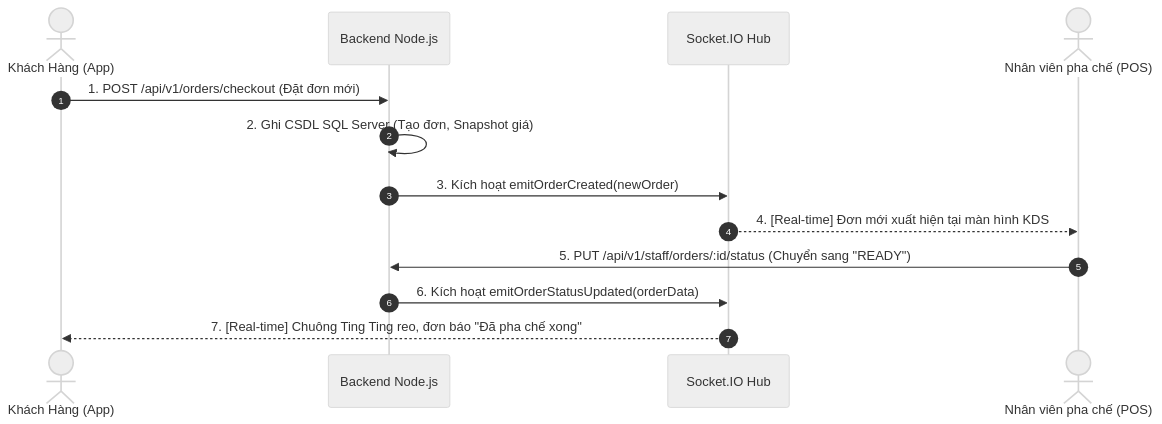
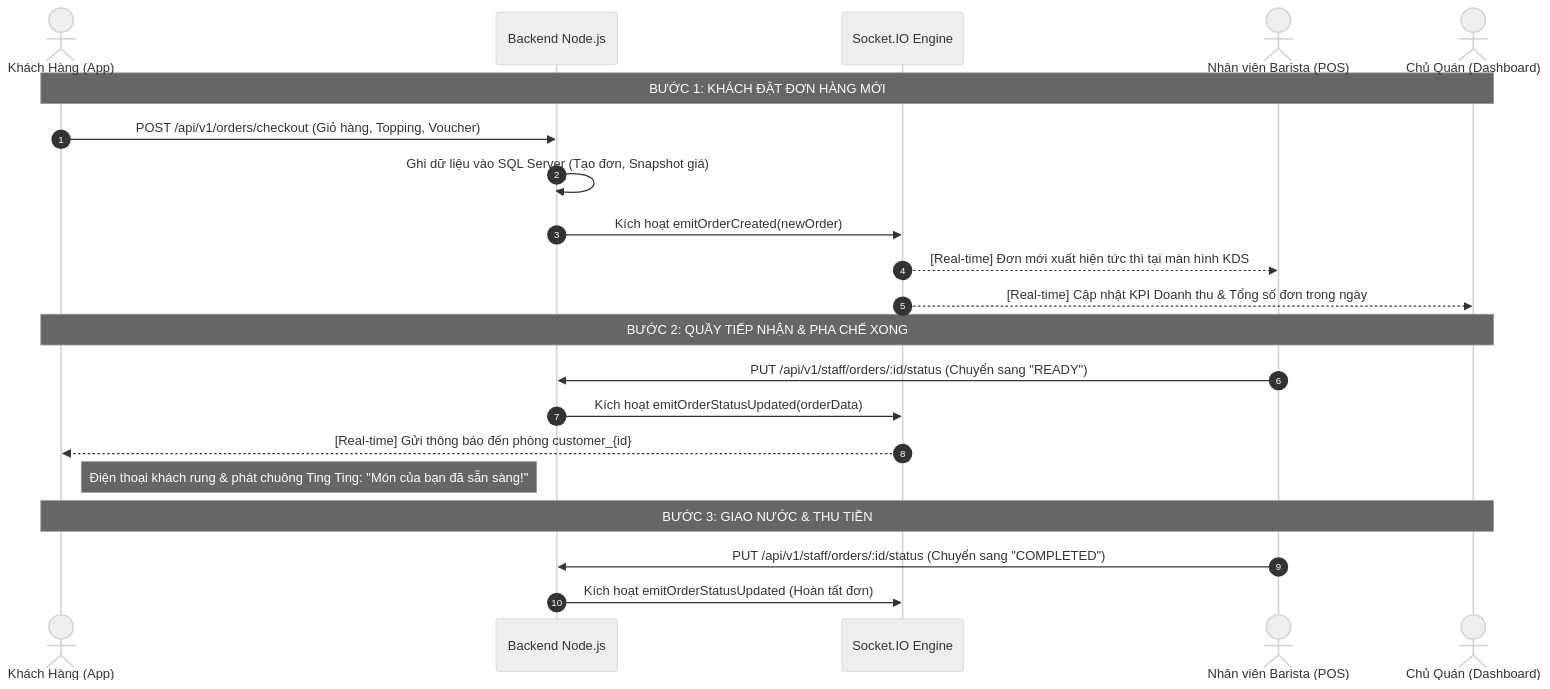
One commit to DIIX-Program/antcafe changed the diagram in baocao.md. Above: the diagram before and after it, drawn with Mermaid (neutral theme). The commit also changed other lines of this file, not shown here.

````diff
--- a/baocao.md
+++ b/baocao.md
@@ -198,16 +265,26 @@
 ```mermaid
 sequenceDiagram
     autonumber
     actor Customer as Khách Hàng (App)
     participant Server as Backend Node.js
-    participant SocketHub as Socket.IO Hub
-    actor Staff as Nhân viên pha chế (POS)
+    participant SocketHub as Socket.IO Engine
+    actor Staff as Nhân viên Barista (POS)
+    actor Owner as Chủ Quán (Dashboard)
 
-    Customer->>Server: 1. POST /api/v1/orders/checkout (Đặt đơn mới)
-    Server->>Server: 2. Ghi CSDL SQL Server (Tạo đơn, Snapshot giá)
-    Server->>SocketHub: 3. Kích hoạt emitOrderCreated(newOrder)
-    SocketHub-->>Staff: 4. [Real-time] Đơn mới xuất hiện tại màn hình KDS
-    Staff->>Server: 5. PUT /api/v1/staff/orders/:id/status (Chuyển sang "READY")
-    Server->>SocketHub: 6. Kích hoạt emitOrderStatusUpdated(orderData)
-    SocketHub-->>Customer: 7. [Real-time] Chuông Ting Ting reo, đơn báo "Đã pha chế xong"
+    Note over Customer, Owner: BƯỚC 1: KHÁCH ĐẶT ĐƠN HÀNG MỚI
+    Customer->>Server: POST /api/v1/orders/checkout (Giỏ hàng, Topping, Voucher)
+    Server->>Server: Ghi dữ liệu vào SQL Server (Tạo đơn, Snapshot giá)
+    Server->>SocketHub: Kích hoạt emitOrderCreated(newOrder)
+    SocketHub-->>Staff: [Real-time] Đơn mới xuất hiện tức thì tại màn hình KDS
+    SocketHub-->>Owner: [Real-time] Cập nhật KPI Doanh thu & Tổng số đơn trong ngày
+
+    Note over Customer, Owner: BƯỚC 2: QUẦY TIẾP NHẬN & PHA CHẾ XONG
+    Staff->>Server: PUT /api/v1/staff/orders/:id/status (Chuyển sang "READY")
+    Server->>SocketHub: Kích hoạt emitOrderStatusUpdated(orderData)
+    SocketHub-->>Customer: [Real-time] Gửi thông báo đến phòng customer_{id}
+    Note right of Customer: Điện thoại khách rung & phát chuông Ting Ting: "Món của bạn đã sẵn sàng!"
+
+    Note over Customer, Owner: BƯỚC 3: GIAO NƯỚC & THU TIỀN
+    Staff->>Server: PUT /api/v1/staff/orders/:id/status (Chuyển sang "COMPLETED")
+    Server->>SocketHub: Kích hoạt emitOrderStatusUpdated (Hoàn tất đơn)
 ```
````
